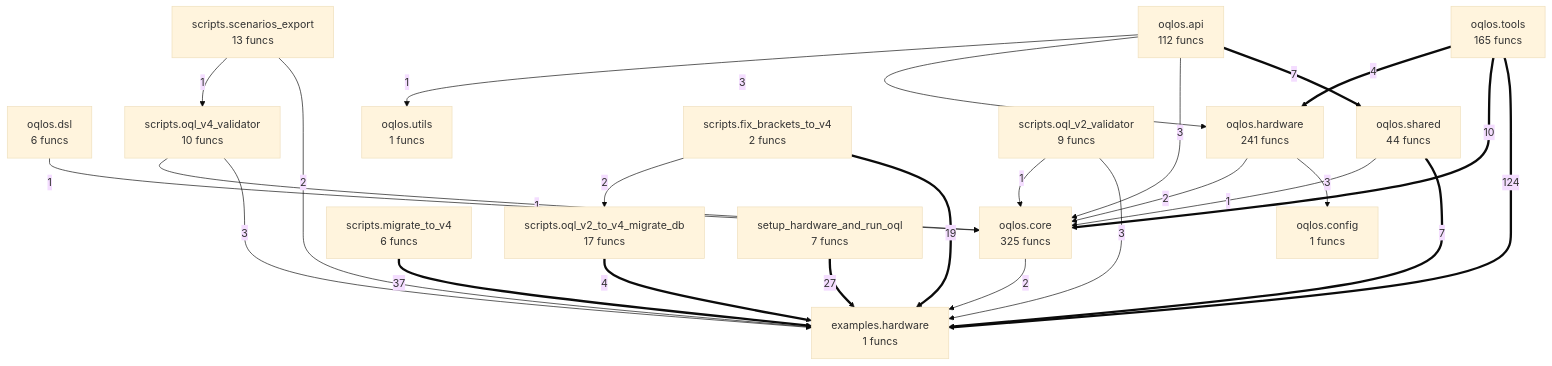
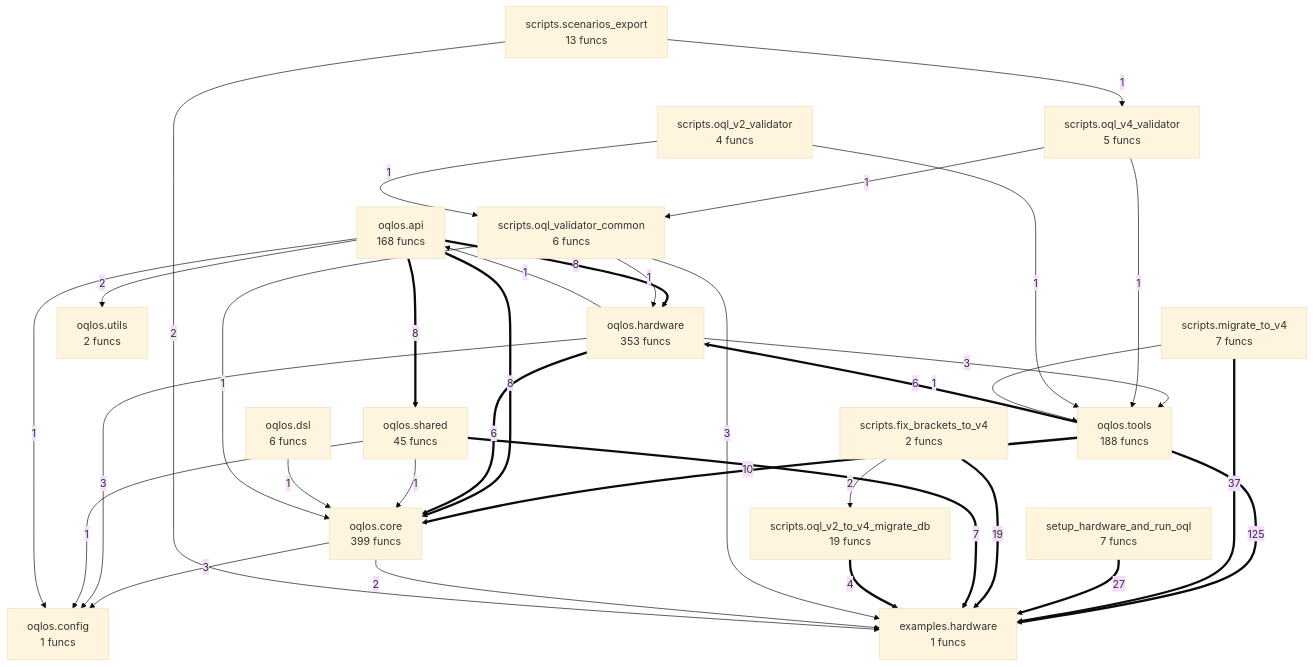
One commit to oqlos/oqlos changed the diagram in project/compact_flow.mmd. Above: the diagram before and after it, drawn with Mermaid (base theme). The commit also changed 19 other files, not shown here.

```diff
--- a/project/compact_flow.mmd
+++ b/project/compact_flow.mmd
@@ -1,42 +1,52 @@
 flowchart TD
 %% generated in 0.02s
     examples__hardware["examples.hardware<br/>1 funcs"]
-    oqlos__api["oqlos.api<br/>112 funcs"]
+    oqlos__api["oqlos.api<br/>168 funcs"]
     oqlos__config["oqlos.config<br/>1 funcs"]
-    oqlos__core["oqlos.core<br/>325 funcs"]
+    oqlos__core["oqlos.core<br/>399 funcs"]
     oqlos__dsl["oqlos.dsl<br/>6 funcs"]
-    oqlos__hardware["oqlos.hardware<br/>241 funcs"]
-    oqlos__shared["oqlos.shared<br/>44 funcs"]
-    oqlos__tools["oqlos.tools<br/>165 funcs"]
-    oqlos__utils["oqlos.utils<br/>1 funcs"]
+    oqlos__hardware["oqlos.hardware<br/>353 funcs"]
+    oqlos__shared["oqlos.shared<br/>45 funcs"]
+    oqlos__tools["oqlos.tools<br/>188 funcs"]
+    oqlos__utils["oqlos.utils<br/>2 funcs"]
     scripts__fix_brackets_to_v4["scripts.fix_brackets_to_v4<br/>2 funcs"]
-    scripts__migrate_to_v4["scripts.migrate_to_v4<br/>6 funcs"]
-    scripts__oql_v2_to_v4_migrate_db["scripts.oql_v2_to_v4_migrate_db<br/>17 funcs"]
-    scripts__oql_v2_validator["scripts.oql_v2_validator<br/>9 funcs"]
-    scripts__oql_v4_validator["scripts.oql_v4_validator<br/>10 funcs"]
+    scripts__migrate_to_v4["scripts.migrate_to_v4<br/>7 funcs"]
+    scripts__oql_v2_to_v4_migrate_db["scripts.oql_v2_to_v4_migrate_db<br/>19 funcs"]
+    scripts__oql_v2_validator["scripts.oql_v2_validator<br/>4 funcs"]
+    scripts__oql_v4_validator["scripts.oql_v4_validator<br/>5 funcs"]
+    scripts__oql_validator_common["scripts.oql_validator_common<br/>6 funcs"]
     scripts__scenarios_export["scripts.scenarios_export<br/>13 funcs"]
     setup_hardware_and_run_oql["setup_hardware_and_run_oql<br/>7 funcs"]
-    oqlos__tools ==>|124| examples__hardware
+    oqlos__tools ==>|125| examples__hardware
     scripts__migrate_to_v4 ==>|37| examples__hardware
     setup_hardware_and_run_oql ==>|27| examples__hardware
     scripts__fix_brackets_to_v4 ==>|19| examples__hardware
     oqlos__tools ==>|10| oqlos__core
+    oqlos__api ==>|8| oqlos__core
+    oqlos__api ==>|8| oqlos__shared
+    oqlos__api ==>|8| oqlos__hardware
     oqlos__shared ==>|7| examples__hardware
-    oqlos__api ==>|7| oqlos__shared
-    oqlos__tools ==>|4| oqlos__hardware
+    oqlos__tools ==>|6| oqlos__hardware
+    oqlos__hardware ==>|6| oqlos__core
     scripts__oql_v2_to_v4_migrate_db ==>|4| examples__hardware
+    oqlos__core -->|3| oqlos__config
     oqlos__hardware -->|3| oqlos__config
-    oqlos__api -->|3| oqlos__core
-    oqlos__api -->|3| oqlos__hardware
-    scripts__oql_v4_validator -->|3| examples__hardware
-    scripts__oql_v2_validator -->|3| examples__hardware
+    oqlos__hardware -->|3| oqlos__tools
+    scripts__oql_validator_common -->|3| examples__hardware
     oqlos__core -->|2| examples__hardware
-    oqlos__hardware -->|2| oqlos__core
+    oqlos__api -->|2| oqlos__utils
     scripts__fix_brackets_to_v4 -->|2| scripts__oql_v2_to_v4_migrate_db
     scripts__scenarios_export -->|2| examples__hardware
+    oqlos__hardware -->|1| oqlos__api
     oqlos__shared -->|1| oqlos__core
-    oqlos__api -->|1| oqlos__utils
+    oqlos__shared -->|1| oqlos__config
+    oqlos__api -->|1| oqlos__config
     oqlos__dsl -->|1| oqlos__core
-    scripts__oql_v4_validator -->|1| oqlos__core
-    scripts__oql_v2_validator -->|1| oqlos__core
+    scripts__oql_validator_common -->|1| oqlos__core
+    scripts__oql_validator_common -->|1| oqlos__hardware
+    scripts__oql_v4_validator -->|1| oqlos__tools
+    scripts__oql_v4_validator -->|1| scripts__oql_validator_common
+    scripts__oql_v2_validator -->|1| oqlos__tools
+    scripts__oql_v2_validator -->|1| scripts__oql_validator_common
+    scripts__migrate_to_v4 -->|1| oqlos__tools
     scripts__scenarios_export -->|1| scripts__oql_v4_validator
```
